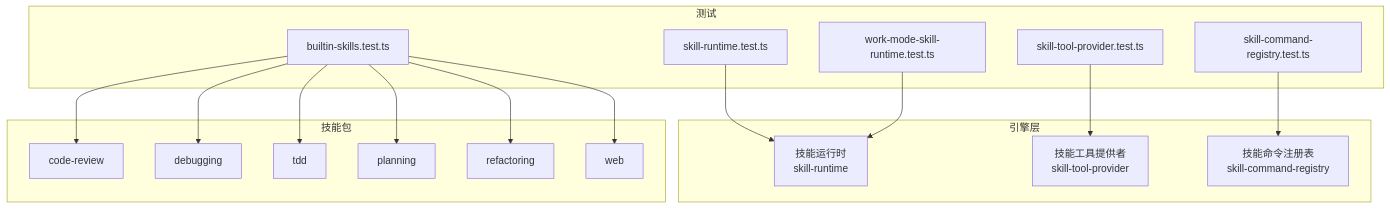
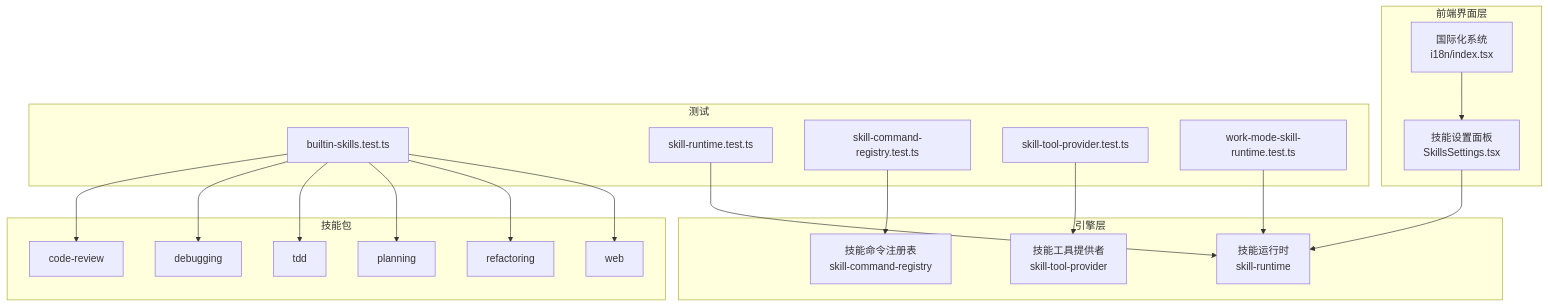
One commit to kkutysllb/KCoder changed the first of 5 diagrams in .qoder/repowiki/zh/content/项目概述/核心特性/技能系统/技能系统.md. Above: the diagram before and after it, drawn with Mermaid. The commit also changed other lines of this file and 5 other files, not shown here.

````diff
--- a/.qoder/repowiki/zh/content/项目概述/核心特性/技能系统/技能系统.md
+++ b/.qoder/repowiki/zh/content/项目概述/核心特性/技能系统/技能系统.md
@@ -50,33 +61,39 @@
 ```mermaid
 graph TB
 subgraph "引擎层"
 SR["技能运行时<br/>skill-runtime"]
 STP["技能工具提供者<br/>skill-tool-provider"]
 SCR["技能命令注册表<br/>skill-command-registry"]
+end
+subgraph "前端界面层"
+SSP["技能设置面板<br/>SkillsSettings.tsx"]
+I18N["国际化系统<br/>i18n/index.tsx"]
 end
 subgraph "技能包"
 CR["code-review"]
 DBG["debugging"]
 TDD["tdd"]
 PLAN["planning"]
 REFA["refactoring"]
 WEB["web"]
 end
 subgraph "测试"
 BSK["builtin-skills.test.ts"]
 SKR["skill-runtime.test.ts"]
 SKCR["skill-command-registry.test.ts"]
 SKTP["skill-tool-provider.test.ts"]
 WMSK["work-mode-skill-runtime.test.ts"]
 end
+SSP --> SR
+I18N --> SSP
 BSK --> CR
 BSK --> DBG
 BSK --> TDD
 BSK --> PLAN
 BSK --> REFA
 BSK --> WEB
 SKR --> SR
 SKTP --> STP
 SKCR --> SCR
 WMSK --> SR
 ```
````
